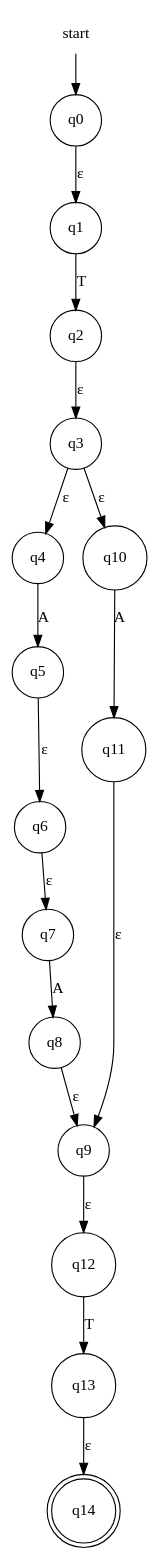
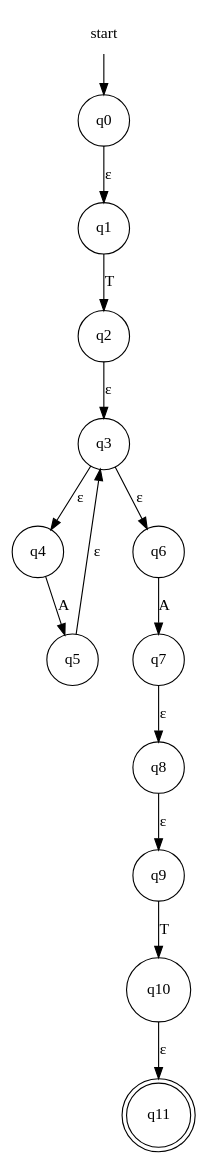
Before and after one commit to evertheylen/TA_TO: the diagram in Helix/enfa.dot, drawn with Graphviz. The commit also changed 6 other files, not shown here.

```diff
--- a/Helix/enfa.dot
+++ b/Helix/enfa.dot
@@ -1,21 +1,18 @@
 digraph automaton {
     node [shape=none]; start;
-    node [shape=doublecircle]; "q14";
+    node [shape=doublecircle]; "q11";
     node [shape=circle];
     start -> "q0";
     "q0" -> "q1" [label="&epsilon;"];
     "q1" -> "q2" [label="T"];
     "q2" -> "q3" [label="&epsilon;"];
     "q3" -> "q4" [label="&epsilon;"];
-    "q3" -> "q10" [label="&epsilon;"];
+    "q3" -> "q6" [label="&epsilon;"];
     "q4" -> "q5" [label="A"];
-    "q5" -> "q6" [label="&epsilon;"];
-    "q6" -> "q7" [label="&epsilon;"];
-    "q7" -> "q8" [label="A"];
+    "q5" -> "q3" [label="&epsilon;"];
+    "q6" -> "q7" [label="A"];
+    "q7" -> "q8" [label="&epsilon;"];
     "q8" -> "q9" [label="&epsilon;"];
-    "q9" -> "q12" [label="&epsilon;"];
-    "q10" -> "q11" [label="A"];
-    "q11" -> "q9" [label="&epsilon;"];
-    "q12" -> "q13" [label="T"];
-    "q13" -> "q14" [label="&epsilon;"];
+    "q9" -> "q10" [label="T"];
+    "q10" -> "q11" [label="&epsilon;"];
 }
```
